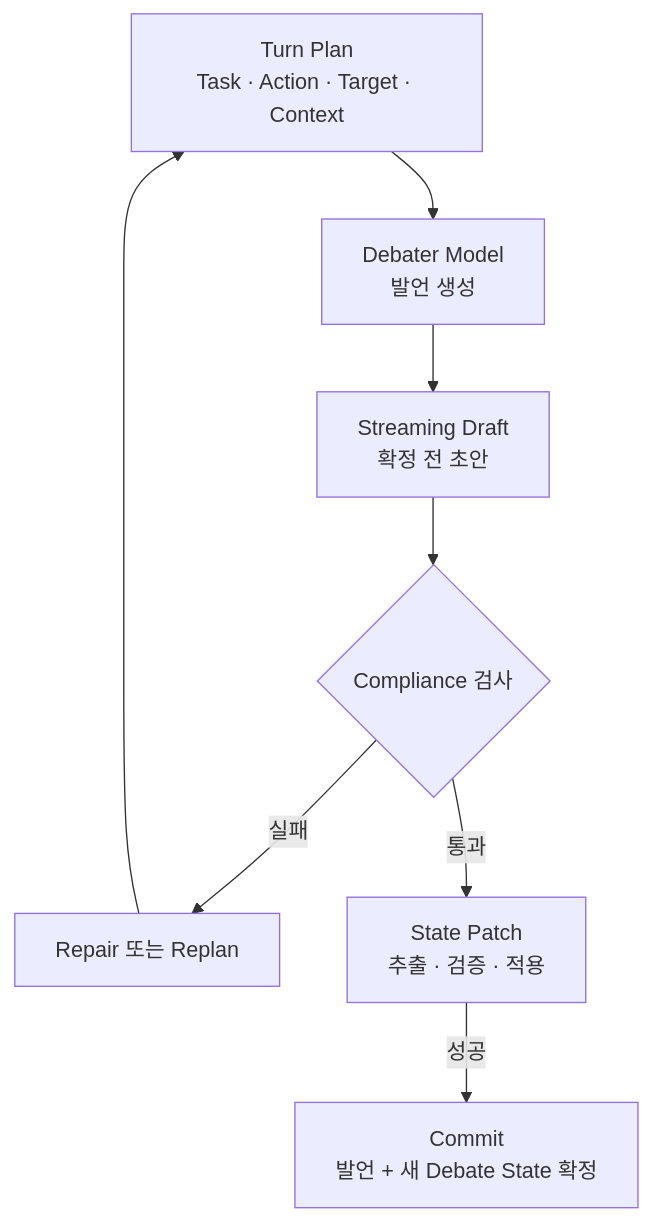
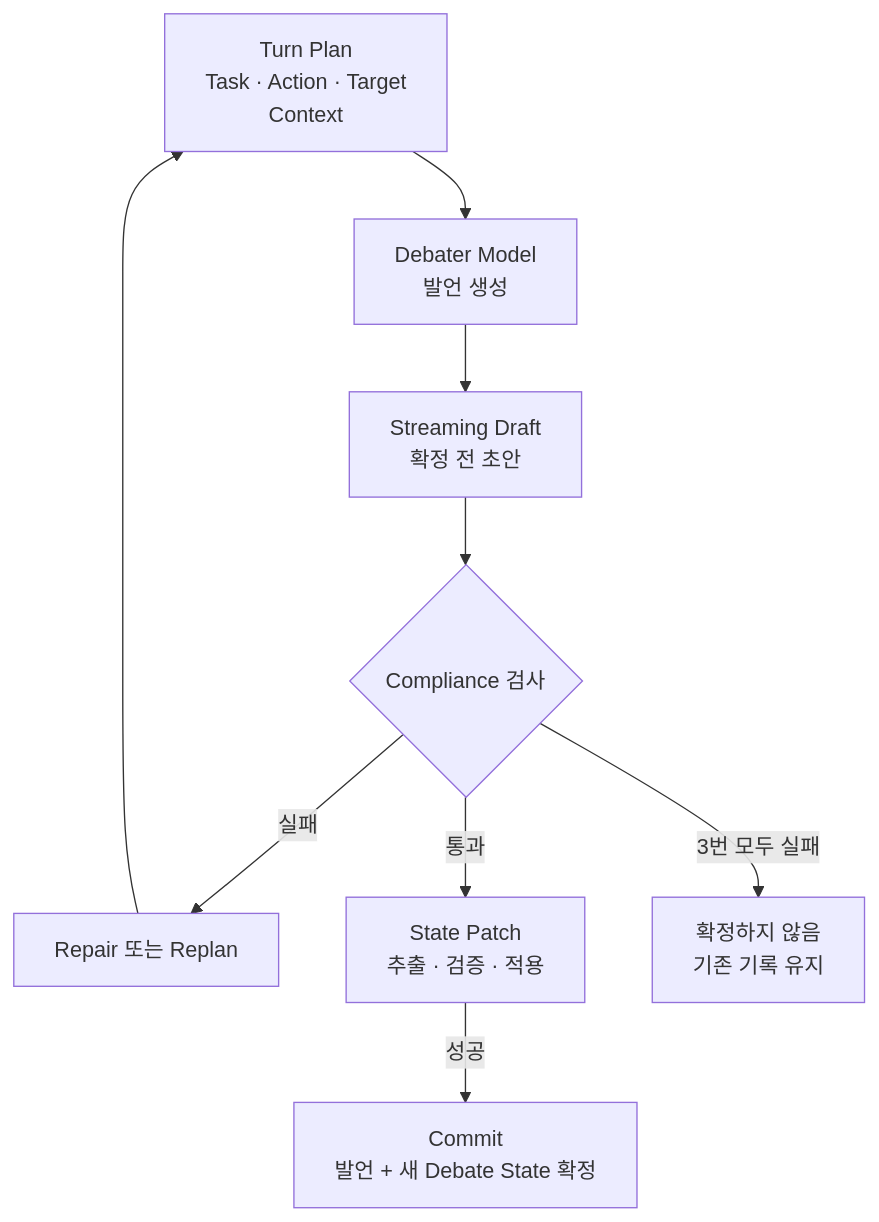
The fifth of 5 diagrams in README.md (hodob/A1-3), drawn with Mermaid before and after one commit. The commit also changed other lines of this file, not shown here.

First line of the commit message:
docs: fix Mermaid layouts and tighten README review items

```diff
--- a/README.md
+++ b/README.md
@@ -318,18 +316,19 @@
 ~~~mermaid
 flowchart TD
-    P[Turn Plan<br/>Task · Action · Target · Context]
+    P[Turn Plan<br/>Task · Action · Target<br/>Context]
     G[Debater Model<br/>발언 생성]
     D[Streaming Draft<br/>확정 전 초안]
     V{Compliance 검사}
     R[Repair 또는 Replan]
     S[State Patch<br/>추출 · 검증 · 적용]
     C[Commit<br/>발언 + 새 Debate State 확정]
 
     P --> G
     G --> D
     D --> V
     V -->|실패| R
     R --> P
+    V -->|3번 모두 실패| X[확정하지 않음<br/>기존 기록 유지]
     V -->|통과| S
     S -->|성공| C
 ~~~
```
